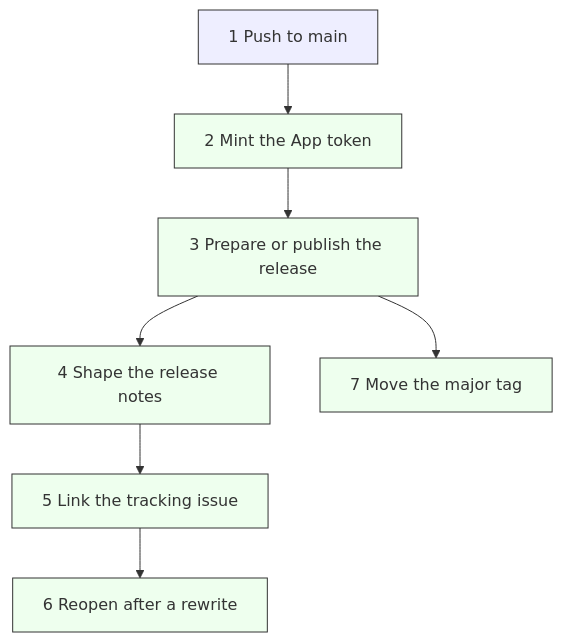
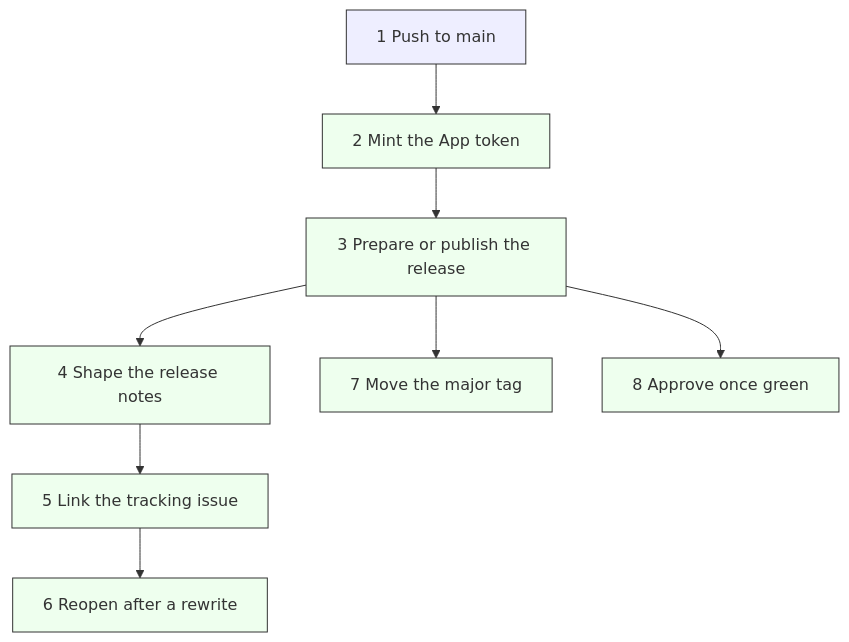
One commit to may-journal/fitness-runner changed the sixth of 6 diagrams in .github/workflows/README.md. Above: the diagram before and after it, drawn with Mermaid. The commit also changed other lines of this file and 7 other files, not shown here.

First line of the commit message:
feat(workflows): approve green Release Please PRs

````diff
--- a/.github/workflows/README.md
+++ b/.github/workflows/README.md
@@ -264,18 +264,19 @@
 ```mermaid
 flowchart TD
     A[1 Push to main]:::trigger
     B[2 Mint the App token]:::step
     C[3 Prepare or publish the release]:::step
     D[4 Shape the release notes]:::step
     E[5 Link the tracking issue]:::step
     F[6 Reopen after a rewrite]:::step
     G[7 Move the major tag]:::step
     A --> B
     B --> C
     C --> D
     D --> E
     E --> F
     C --> G
+    C --> H[8 Approve once green]:::step
     classDef trigger fill:#eef,stroke:#333
     classDef step fill:#efe,stroke:#333
 ```
````
